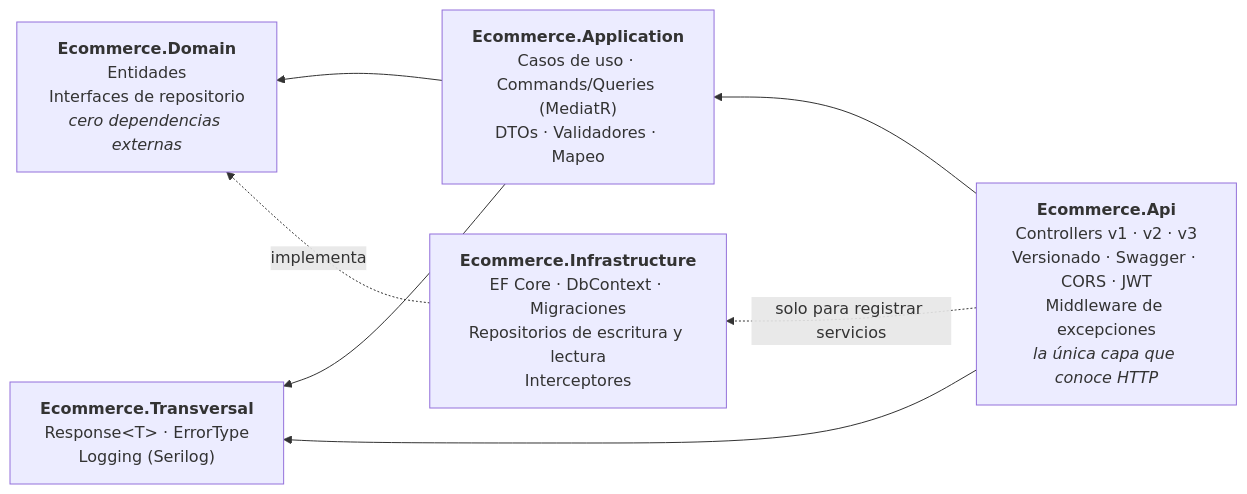
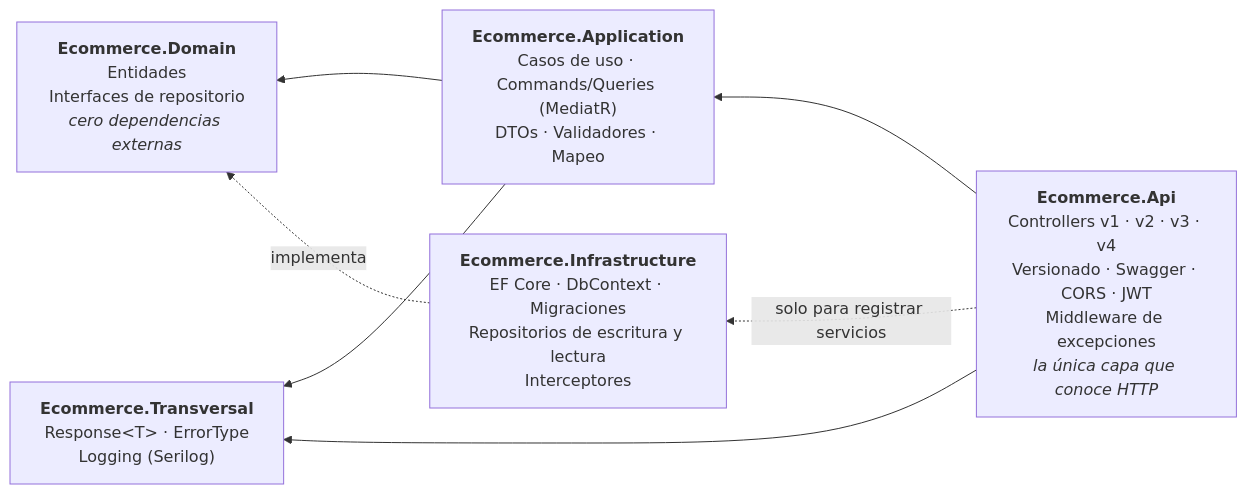
The diagram in README.md (rubendevvalencia/BackendPortfolio), drawn with Mermaid before and after one commit. The commit also changed other lines of this file and 4 other files, not shown here.

````diff
--- a/README.md
+++ b/README.md
@@ -44,15 +45,15 @@
 ```mermaid
 flowchart RL
-    API["<b>Ecommerce.Api</b><br/>Controllers v1 · v2 · v3<br/>Versionado · Swagger · CORS · JWT<br/>Middleware de excepciones<br/><i>la única capa que conoce HTTP</i>"]
+    API["<b>Ecommerce.Api</b><br/>Controllers v1 · v2 · v3 · v4<br/>Versionado · Swagger · CORS · JWT<br/>Middleware de excepciones<br/><i>la única capa que conoce HTTP</i>"]
     APP["<b>Ecommerce.Application</b><br/>Casos de uso · Commands/Queries (MediatR)<br/>DTOs · Validadores · Mapeo"]
     DOM["<b>Ecommerce.Domain</b><br/>Entidades<br/>Interfaces de repositorio<br/><i>cero dependencias externas</i>"]
     INF["<b>Ecommerce.Infrastructure</b><br/>EF Core · DbContext · Migraciones<br/>Repositorios de escritura y lectura<br/>Interceptores"]
     TRA["<b>Ecommerce.Transversal</b><br/>Response&lt;T&gt; · ErrorType<br/>Logging (Serilog)"]
 
     API --> APP
     APP --> DOM
     INF -.->|implementa| DOM
     API -.->|solo para registrar servicios| INF
     APP --> TRA
     API --> TRA
 ```
````
